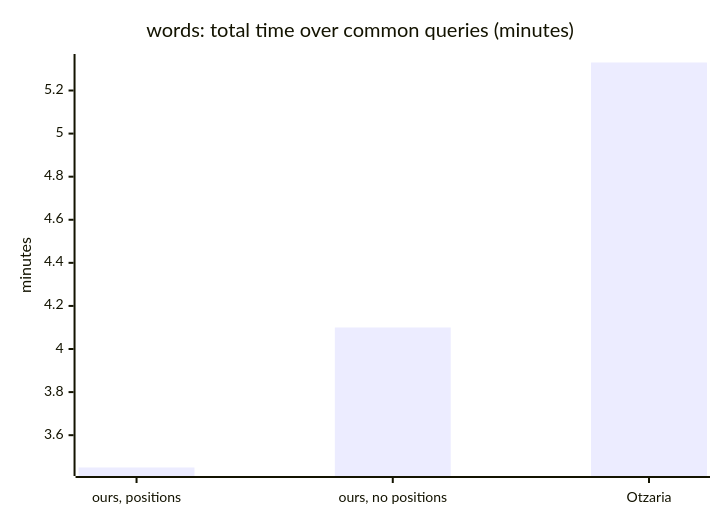
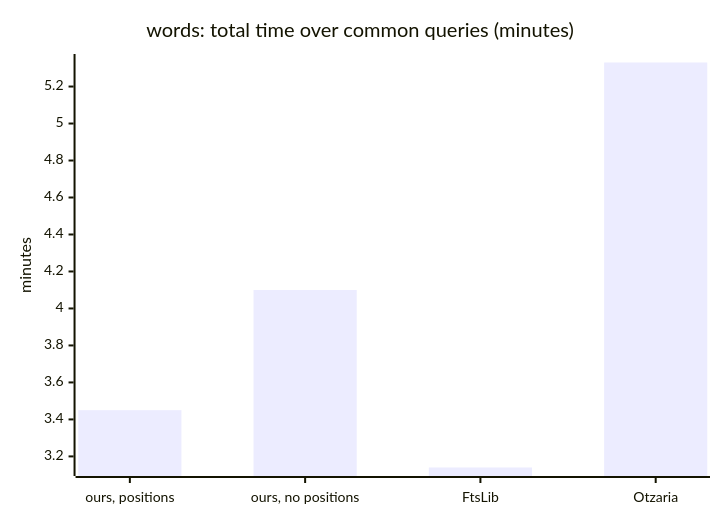
Before and after one commit to KleiKodesh/SeforimLibrarySearchEngine: the sixth of 11 diagrams in FTS-SPECS-AND-COMPARISONS.md, drawn with Mermaid. The commit also changed other lines of this file, not shown here.

Commit message:
FTS-SPECS-AND-COMPARISONS.md: FtsLib speed runs added

````diff
--- a/FTS-SPECS-AND-COMPARISONS.md
+++ b/FTS-SPECS-AND-COMPARISONS.md
@@ -308,7 +370,7 @@
 ```mermaid
 xychart-beta
     title "words: total time over common queries (minutes)"
-    x-axis ["ours, positions", "ours, no positions", "Otzaria"]
+    x-axis ["ours, positions", "ours, no positions", "FtsLib", "Otzaria"]
     y-axis "minutes"
-    bar [3.45, 4.10, 5.33]
+    bar [3.45, 4.10, 3.14, 5.33]
 ```
````
